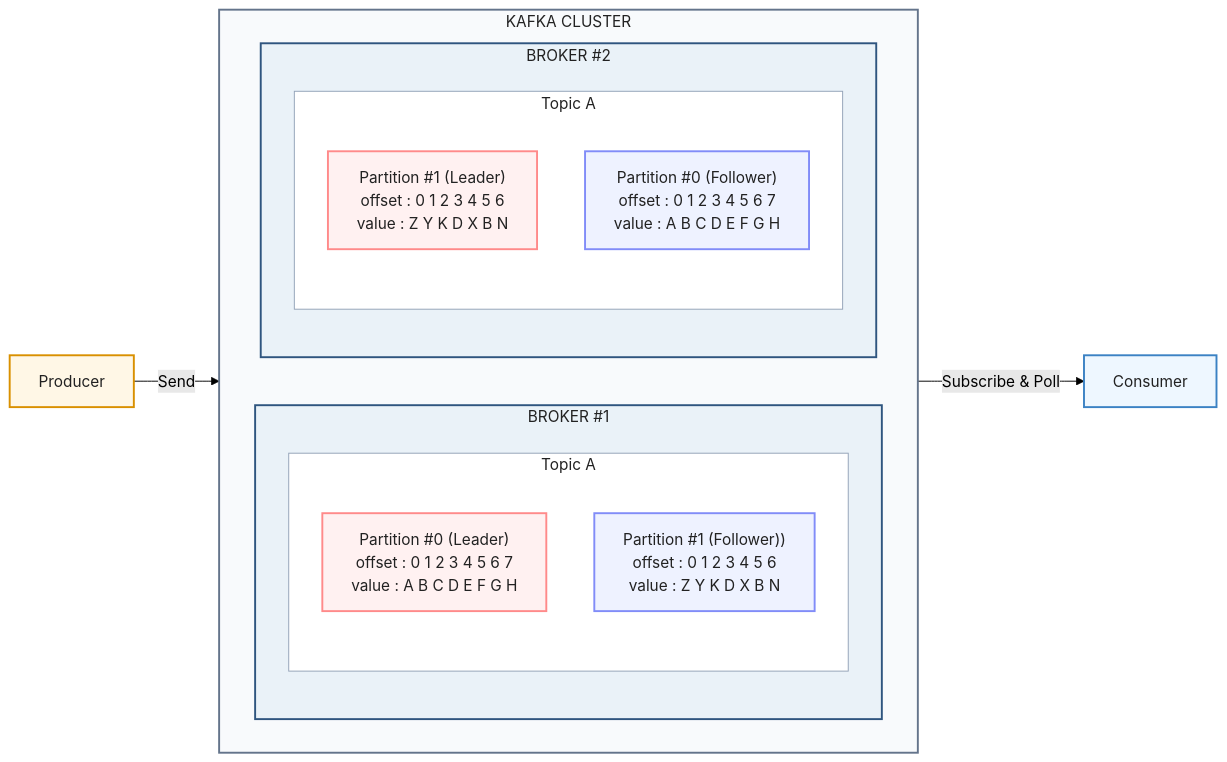
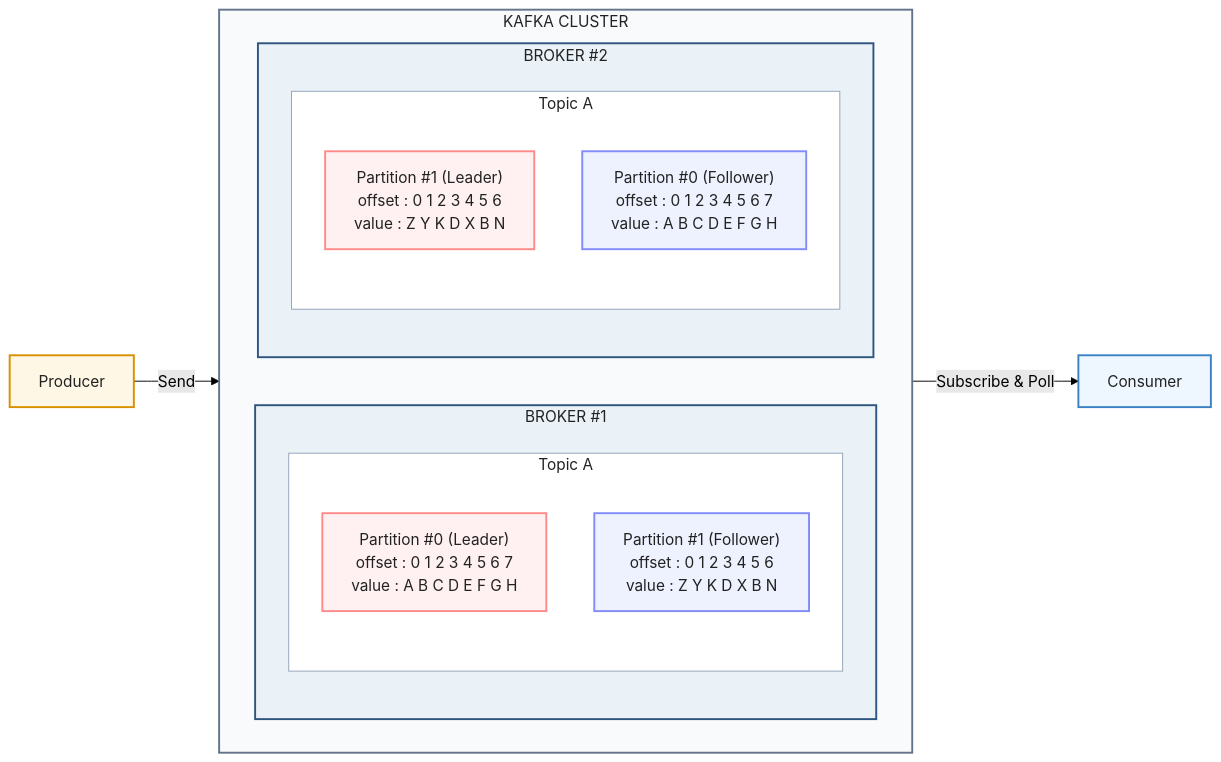
One commit to rudwnlee2/rudwnlee2.github.io changed the second of 2 diagrams in _pages/Backend/Kafka/Kafka의 Topic, Partition, Producer, Consumer 이해하기.md. Above: the diagram before and after it, drawn with Mermaid (forest theme). The commit also changed other lines of this file and 1 other file, not shown here.

Commit message:
Kafka의 Topic, Partition, Producer, Consumer 이해하기

````diff
--- a/_pages/Backend/Kafka/Kafka의 Topic, Partition, Producer, Consumer 이해하기.md
+++ b/_pages/Backend/Kafka/Kafka의 Topic, Partition, Producer, Consumer 이해하기.md
@@ -116,53 +116,53 @@
 ```mermaid
 flowchart LR
     Producer["Producer"]
 
     subgraph Kafka["KAFKA CLUSTER"]
         direction LR
 
         subgraph Broker1["BROKER #1"]
             direction TB
 
             subgraph Topic1["Topic A"]
                 direction TB
 
                 P0L["Partition #0 (Leader)<br/>offset : 0 1 2 3 4 5 6 7<br/>value : A B C D E F G H"]
 
-                P1F["Partition #1 (Follower))<br/>offset : 0 1 2 3 4 5 6<br/>value : Z Y K D X B N"]
+                P1F["Partition #1 (Follower)<br/>offset : 0 1 2 3 4 5 6<br/>value : Z Y K D X B N"]
             end
         end
 
         subgraph Broker2["BROKER #2"]
             direction TB
 
             subgraph Topic2["Topic A"]
                 direction TB
 
                 P1L["Partition #1 (Leader)<br/>offset : 0 1 2 3 4 5 6<br/>value : Z Y K D X B N"]
 
                 P0F["Partition #0 (Follower)<br/>offset : 0 1 2 3 4 5 6 7<br/>value : A B C D E F G H"]
             end
         end
     end
 
     Consumer["Consumer"]
 
     Producer -- "Send" --> Kafka
     Kafka -- "Subscribe & Poll" --> Consumer
 
     classDef producer fill:#fff7e6,stroke:#d99000,stroke-width:2px,color:#222;
     classDef consumer fill:#eef7ff,stroke:#3b82c4,stroke-width:2px,color:#222;
     classDef kafka fill:#f8fafc,stroke:#64748b,stroke-width:2px,color:#222;
     classDef broker fill:#eaf2f8,stroke:#2f557f,stroke-width:2px,color:#222;
     classDef topic fill:#ffffff,stroke:#94a3b8,stroke-width:1px,color:#222;
     classDef leader fill:#fff1f1,stroke:#ff8a8a,stroke-width:2px,color:#222;
     classDef follower fill:#eef2ff,stroke:#818cf8,stroke-width:2px,color:#222;
 
     class Producer producer;
     class Consumer consumer;
     class Kafka kafka;
     class Broker1,Broker2 broker;
     class Topic1,Topic2 topic;
     class P0L,P1L leader;
     class P0F,P1F follower;
 ```
````
